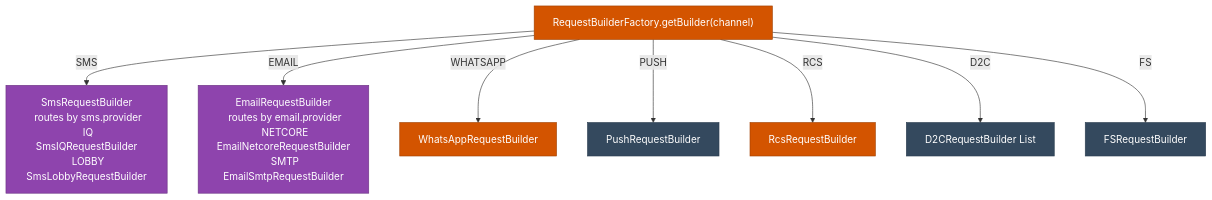
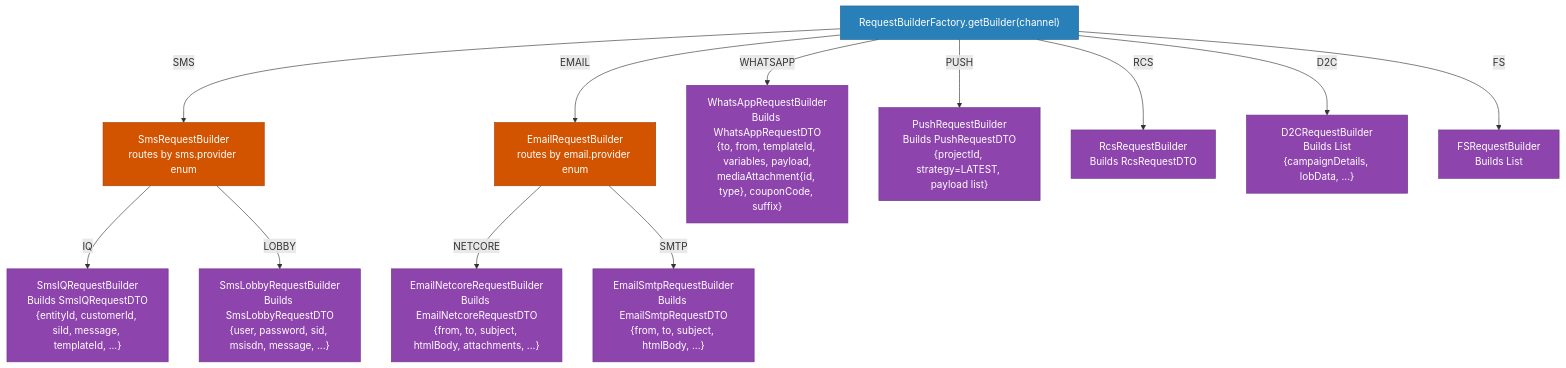
Before and after one commit to RamBidiyasar/ulcm-docs: the fifth of 7 diagrams in bummlebee-hld/hld-02-validation-governance.md, drawn with Mermaid. The commit also changed other lines of this file, not shown here.

Commit message:
Update validation governance HLD with detailed processing flow, architecture diagrams, and topic hierarchy

````diff
--- a/bummlebee-hld/hld-02-validation-governance.md
+++ b/bummlebee-hld/hld-02-validation-governance.md
@@ -189,17 +439,29 @@
 ```mermaid
 flowchart TD
     RBF["RequestBuilderFactory.getBuilder(channel)"]
-    RBF -->|SMS| SRB["SmsRequestBuilder\n routes by sms.provider\n   IQ  SmsIQRequestBuilder\n   LOBBY  SmsLobbyRequestBuilder"]
-    RBF -->|EMAIL| ERB["EmailRequestBuilder\n routes by email.provider\n   NETCORE  EmailNetcoreRequestBuilder\n   SMTP  EmailSmtpRequestBuilder"]
-    RBF -->|WHATSAPP| WRB["WhatsAppRequestBuilder"]
-    RBF -->|PUSH| PRB["PushRequestBuilder"]
-    RBF -->|RCS| RRB["RcsRequestBuilder"]
-    RBF -->|D2C| DRB["D2CRequestBuilder  List<D2CEventRequestDTO>"]
-    RBF -->|FS| FRB["FSRequestBuilder"]
+
+    RBF -->|SMS| SRB["SmsRequestBuilder\nroutes by sms.provider enum"]
+    SRB -->|IQ| SIQ["SmsIQRequestBuilder\nBuilds SmsIQRequestDTO\n{entityId, customerId, siId, message, templateId, ...}"]
+    SRB -->|LOBBY| SLB["SmsLobbyRequestBuilder\nBuilds SmsLobbyRequestDTO\n{user, password, sid, msisdn, message, ...}"]
+
+    RBF -->|EMAIL| ERB["EmailRequestBuilder\nroutes by email.provider enum"]
+    ERB -->|NETCORE| NET["EmailNetcoreRequestBuilder\nBuilds EmailNetcoreRequestDTO\n{from, to, subject, htmlBody, attachments, ...}"]
+    ERB -->|SMTP| SMTP["EmailSmtpRequestBuilder\nBuilds EmailSmtpRequestDTO\n{from, to, subject, htmlBody, ...}"]
+
+    RBF -->|WHATSAPP| WRB["WhatsAppRequestBuilder\nBuilds WhatsAppRequestDTO\n{to, from, templateId, variables, payload,\nmediaAttachment{id, type}, couponCode, suffix}"]
+
+    RBF -->|PUSH| PRB["PushRequestBuilder\nBuilds PushRequestDTO\n{projectId, strategy=LATEST, payload list}"]
+
+    RBF -->|RCS| RRB["RcsRequestBuilder\nBuilds RcsRequestDTO"]
+
+    RBF -->|D2C| DRB["D2CRequestBuilder\nBuilds List<D2CEventRequestDTO>\n{campaignDetails, lobData, ...}"]
+
+    RBF -->|FS| FRB["FSRequestBuilder\nBuilds List<D2CEventRequestDTO>"]
+
+    classDef svc fill:#2980b9,color:#fff,stroke:#1f618d
     classDef ext fill:#8e44ad,color:#fff,stroke:#6c3483
     classDef channel fill:#d35400,color:#fff,stroke:#a04000
-    classDef user fill:#34495e,color:#fff,stroke:#2c3e50
-    class RBF,RRB,WRB channel
-    class ERB,SRB ext
-    class DRB,FRB,PRB user
+    class RBF svc
+    class SRB,ERB channel
+    class SIQ,SLB,NET,SMTP,WRB,PRB,RRB,DRB,FRB ext
 ```
````
